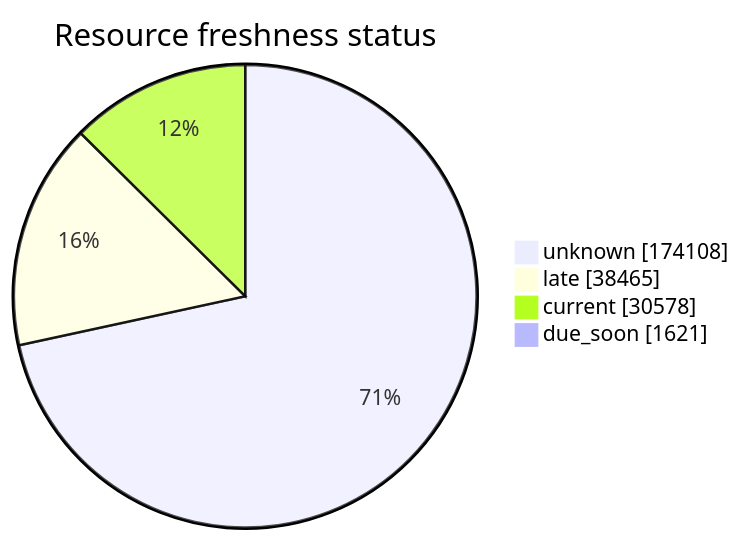
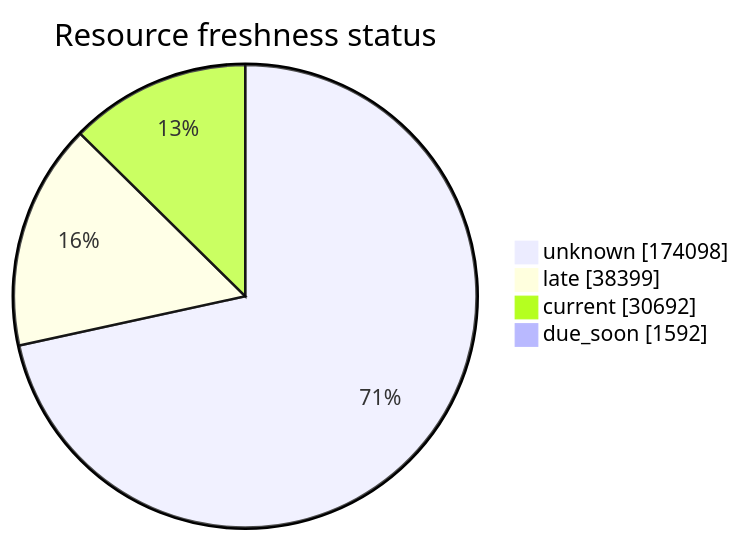
Before and after one commit to open-data/analytics-corporate-reporting: the third of 5 diagrams in FreshCheck/README.md, drawn with Mermaid. The commit also changed other lines of this file and 3 other files, not shown here.

````diff
--- a/FreshCheck/README.md
+++ b/FreshCheck/README.md
@@ -77,7 +77,7 @@
 ```mermaid
 pie showData title Resource freshness status
-    "unknown": 174108
-    "late": 38465
-    "current": 30578
-    "due_soon": 1621
+    "unknown": 174098
+    "late": 38399
+    "current": 30692
+    "due_soon": 1592
 ```
````
